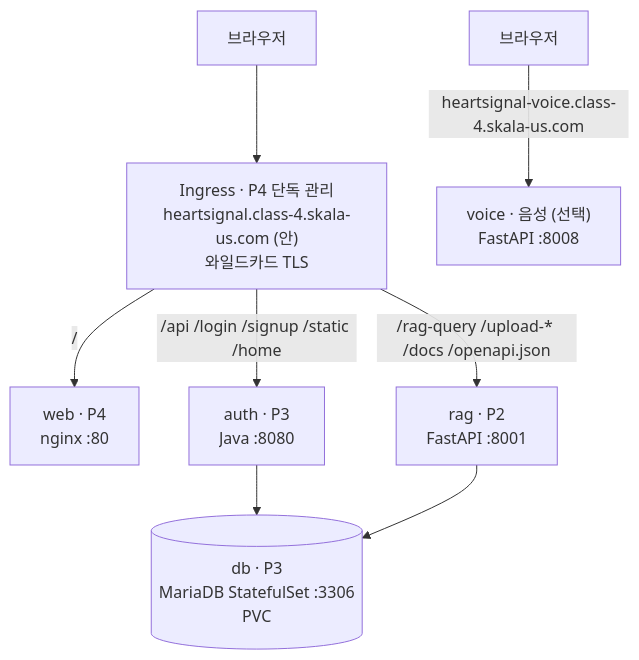
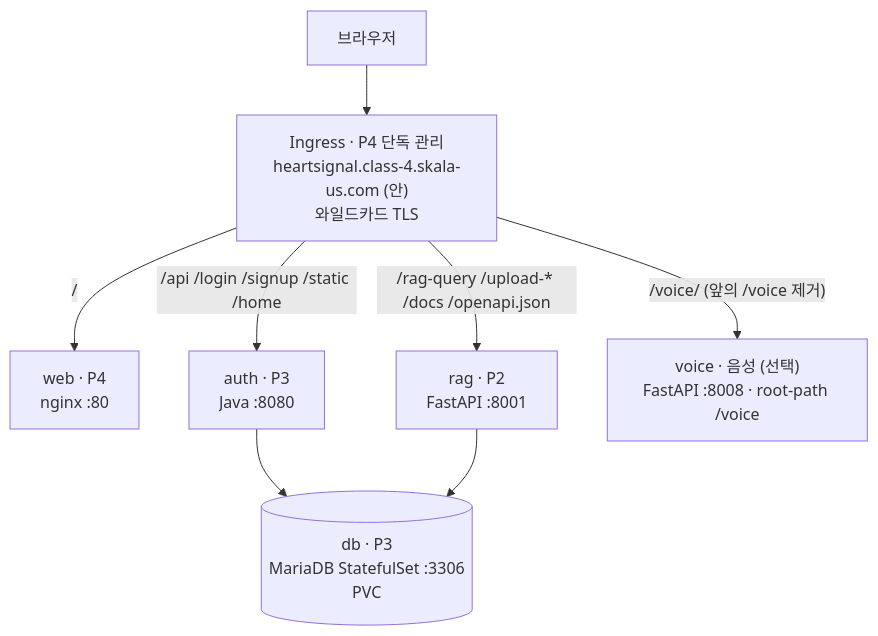
One commit to ForSKALA/HeartSignal changed the first of 2 diagrams in docs/k8s-deploy-guide.md. Above: the diagram before and after it, drawn with Mermaid. The commit also changed other lines of this file and 2 other files, not shown here.

First line of the commit message:
[P4] Voice 같은 origin /voice/ 전용 Ingress 추가, 별도 voice 호스트 제거

````diff
--- a/docs/k8s-deploy-guide.md
+++ b/docs/k8s-deploy-guide.md
@@ -10,10 +10,10 @@
 ```mermaid
 flowchart TB
     B[브라우저] --> I["Ingress · P4 단독 관리<br/>heartsignal.class-4.skala-us.com (안)<br/>와일드카드 TLS"]
     I -->|/| W["web · P4<br/>nginx :80"]
     I -->|/api /login /signup /static /home| A["auth · P3<br/>Java :8080"]
     I -->|/rag-query /upload-* /docs /openapi.json| R["rag · P2<br/>FastAPI :8001"]
-    V2[브라우저] -->|heartsignal-voice.class-4.skala-us.com| V["voice · 음성 (선택)<br/>FastAPI :8008"]
+    I -->|"/voice/ (앞의 /voice 제거)"| V["voice · 음성 (선택)<br/>FastAPI :8008 · root-path /voice"]
     A --> D[("db · P3<br/>MariaDB StatefulSet :3306<br/>PVC")]
     R --> D
 ```
````
